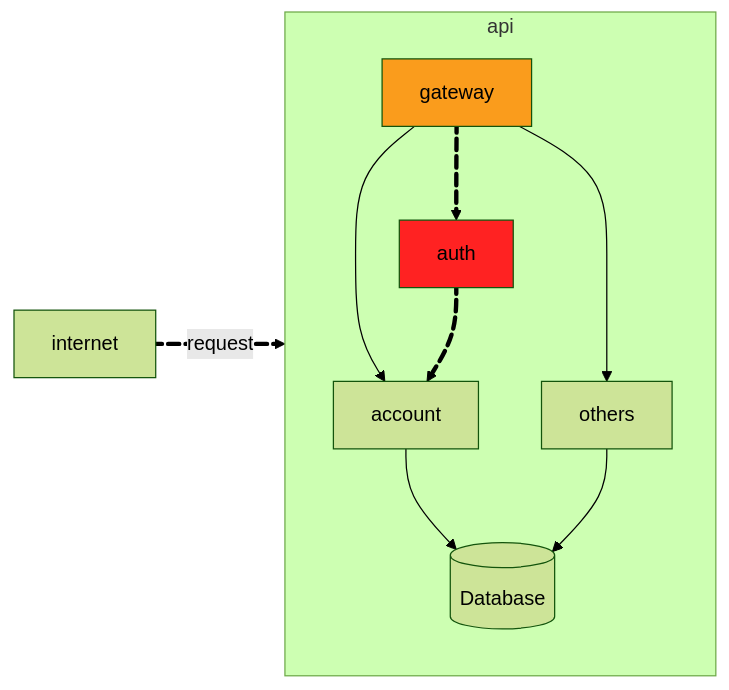
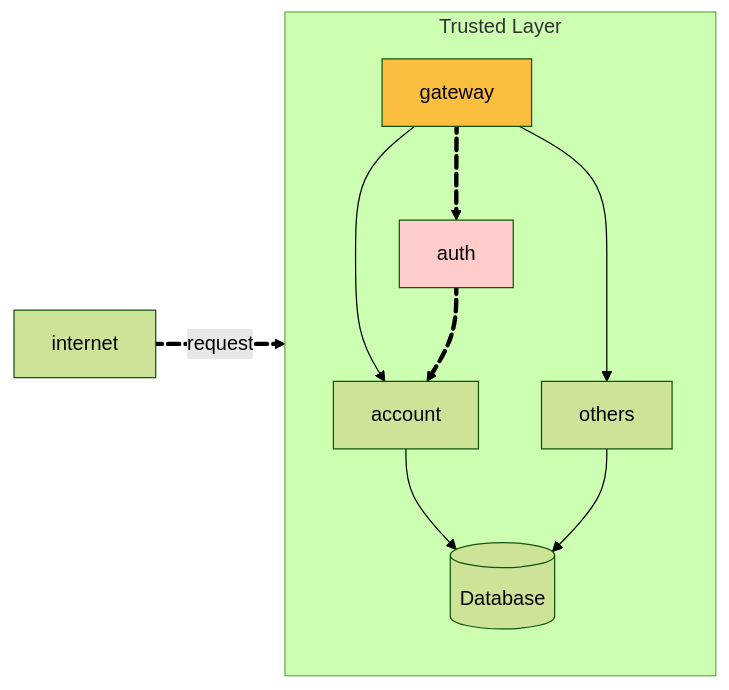
One commit to laupontiroli/platform_api-serv changed the first of 7 diagrams in docs/checkpoints/checkpoint3.md. Above: the diagram before and after it, drawn with Mermaid (forest theme). The commit also changed 5 other files, not shown here.

````diff
--- a/docs/checkpoints/checkpoint3.md
+++ b/docs/checkpoints/checkpoint3.md
@@ -8,18 +8,18 @@
 ``` mermaid
 flowchart LR
-    subgraph api
+    subgraph api [Trusted Layer]
         direction TB
         gateway --> account
         gateway --> others
-        gateway e4@==> auth:::primary
+        gateway e4@==> auth:::red
         auth e2@==> account
         account --> db@{ shape: cyl, label: "Database" }
         others --> db
     end
-    internet e1@==>|request| gateway:::secondary
+    internet e1@==>|request| gateway:::orange
     e1@{ animate: true }
     e2@{ animate: true }
     e4@{ animate: true }
-    classDef primary fill:#f22
-    classDef secondary fill:#FA9C1C
+    classDef red fill:#fcc
+    classDef orange fill:#FCBE3E
 ```
````
